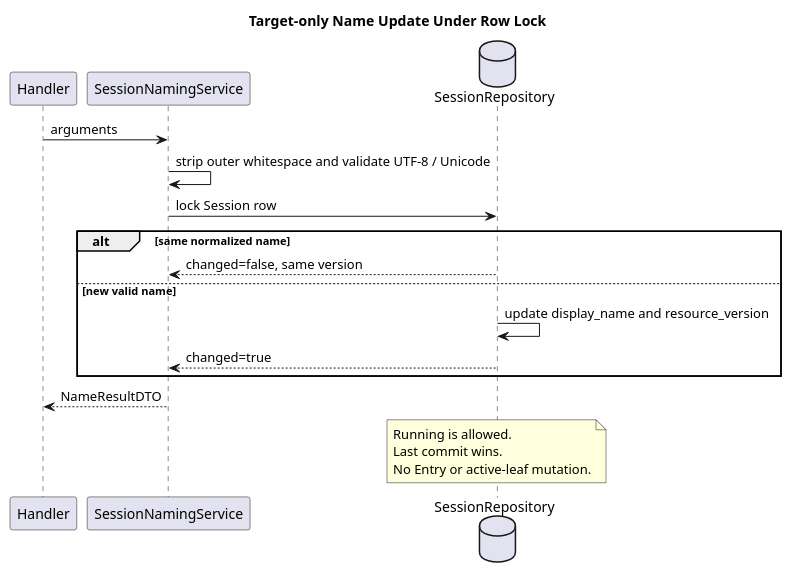
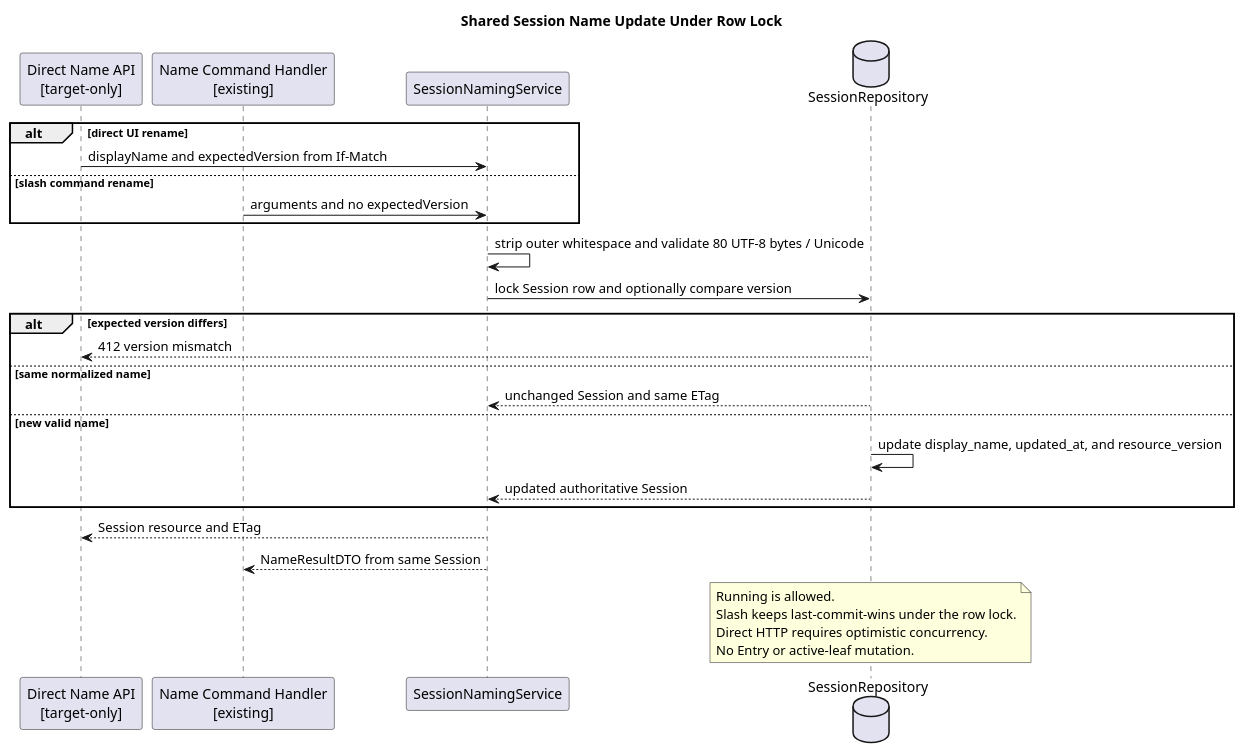
Before and after one commit to ssm0808/pi-mono-java-design: the second of 3 diagrams in 04-命令与技能/01-内置命令/设计图/diagram.puml, drawn with PlantUML. The commit also changed 31 other files, not shown here.

```diff
--- a/04-命令与技能/01-内置命令/设计图/diagram.puml
+++ b/04-命令与技能/01-内置命令/设计图/diagram.puml
@@ -44,24 +44,38 @@
 @startuml session_name_update
-title Target-only Name Update Under Row Lock
-' Source evidence: pi-mono-java@d84dd3d6 modules/coding-agent-cli/src/main/resources/db/gaussdb/install/session_schema.sql t_sessions.
-' Architecture change: persist current display_name only; no name event or sidecar.
+title Shared Session Name Update Under Row Lock
+' Source evidence: pi-mono-java@510d882ca45541e0086586dab89c429c5a18cf20 modules/coding-agent-cli/src/main/java/com/campusclaw/codingagent/runtimeapi/service/command/SessionNamingService.java.
+' Source evidence: same commit modules/coding-agent-cli/src/main/java/com/campusclaw/codingagent/runtimeapi/service/command/contributor/NameCommandContributor.java.
+' Source evidence: same commit modules/coding-agent-cli/src/main/java/com/campusclaw/codingagent/runtimeapi/persistence/RuntimeSessionRepository.java updateName.
+' Source evidence: same commit modules/coding-agent-cli/src/main/java/com/campusclaw/codingagent/runtimeapi/persistence/MyBatisRuntimeSessionRepository.java updateName.
+' Observed behavior: slash name updates display_name; no direct HTTP name route exists.
+' Target-only architecture: the HTTP adapter supplies a required expected version.
+' Design reason: share validation and persistence while preventing lost direct-UI writes.
 skinparam shadowing false
-participant Handler
+participant "Direct Name API\n[target-only]" as API
+participant "Name Command Handler\n[existing]" as Handler
 participant SessionNamingService as Service
 database SessionRepository as Repo
-Handler -> Service : arguments
-Service -> Service : strip outer whitespace and validate UTF-8 / Unicode
-Service -> Repo : lock Session row
-alt same normalized name
-  Repo --> Service : changed=false, same version
+alt direct UI rename
+  API -> Service : displayName and expectedVersion from If-Match
+else slash command rename
+  Handler -> Service : arguments and no expectedVersion
+end
+Service -> Service : strip outer whitespace and validate 80 UTF-8 bytes / Unicode
+Service -> Repo : lock Session row and optionally compare version
+alt expected version differs
+  Repo --> API : 412 version mismatch
+else same normalized name
+  Repo --> Service : unchanged Session and same ETag
 else new valid name
-  Repo -> Repo : update display_name and resource_version
-  Repo --> Service : changed=true
+  Repo -> Repo : update display_name, updated_at, and resource_version
+  Repo --> Service : updated authoritative Session
 end
-Service --> Handler : NameResultDTO
+Service --> API : Session resource and ETag
+Service --> Handler : NameResultDTO from same Session
 note over Repo
 Running is allowed.
-Last commit wins.
+Slash keeps last-commit-wins under the row lock.
+Direct HTTP requires optimistic concurrency.
 No Entry or active-leaf mutation.
 end note
 @enduml
```
